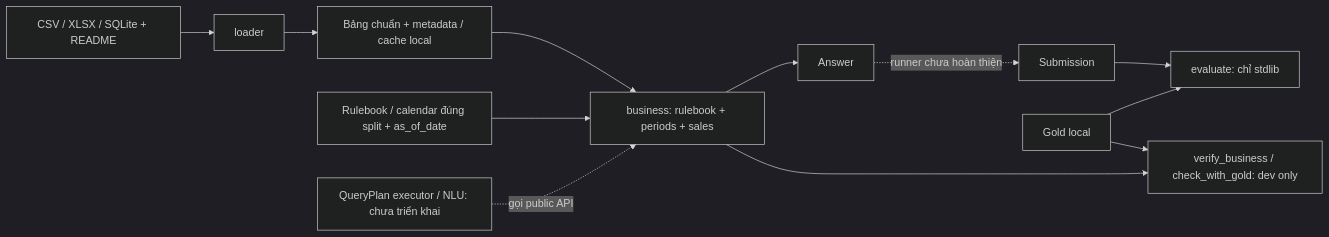
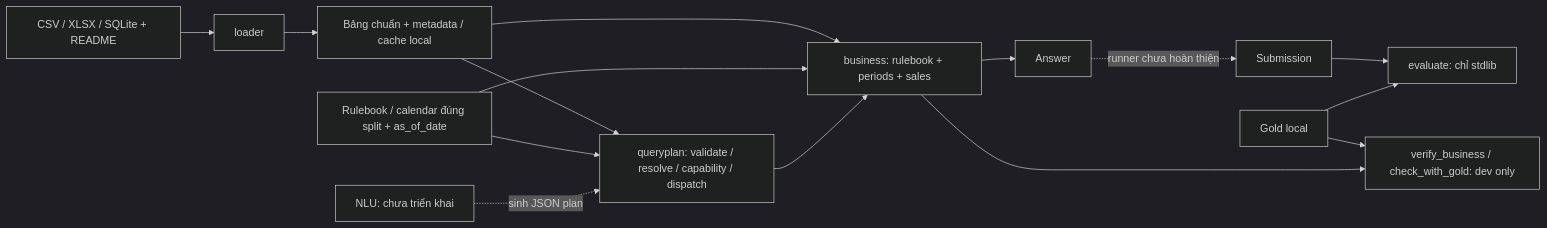
The diagram in docs/architecture.md (nguyenthanhnguyen10062021-dotcom/zalo-datamate-2026), drawn with Mermaid (dark theme) before and after one commit. The commit also changed other lines of this file and 23 other files, not shown here.

Commit message:
feat: add deterministic QueryPlan v1 executor

````diff
--- a/docs/architecture.md
+++ b/docs/architecture.md
@@ -5,14 +5,17 @@
 ```mermaid
 flowchart LR
   F[CSV / XLSX / SQLite + README] --> L[loader]
   L --> T[Bảng chuẩn + metadata / cache local]
   T --> B[business: rulebook + periods + sales]
   R[Rulebook / calendar đúng split + as_of_date] --> B
   B --> A[Answer]
-  Q[QueryPlan executor / NLU: chưa triển khai] -. gọi public API .-> B
+  Q[queryplan: validate / resolve / capability / dispatch] --> B
+  T --> Q
+  R --> Q
+  N[NLU: chưa triển khai] -. sinh JSON plan .-> Q
   A -. runner chưa hoàn thiện .-> S[Submission]
   S --> E[evaluate: chỉ stdlib]
   G[Gold local] --> E
   G --> V[verify_business / check_with_gold: dev only]
   B --> V
 ```
````
